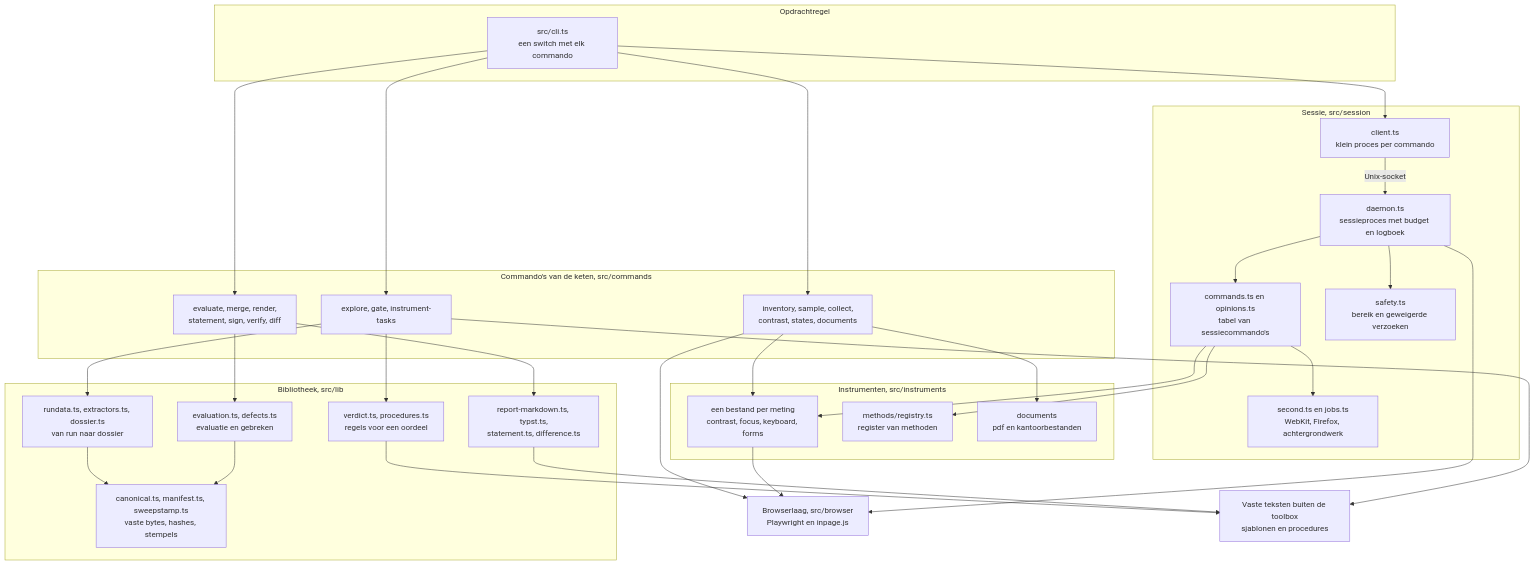
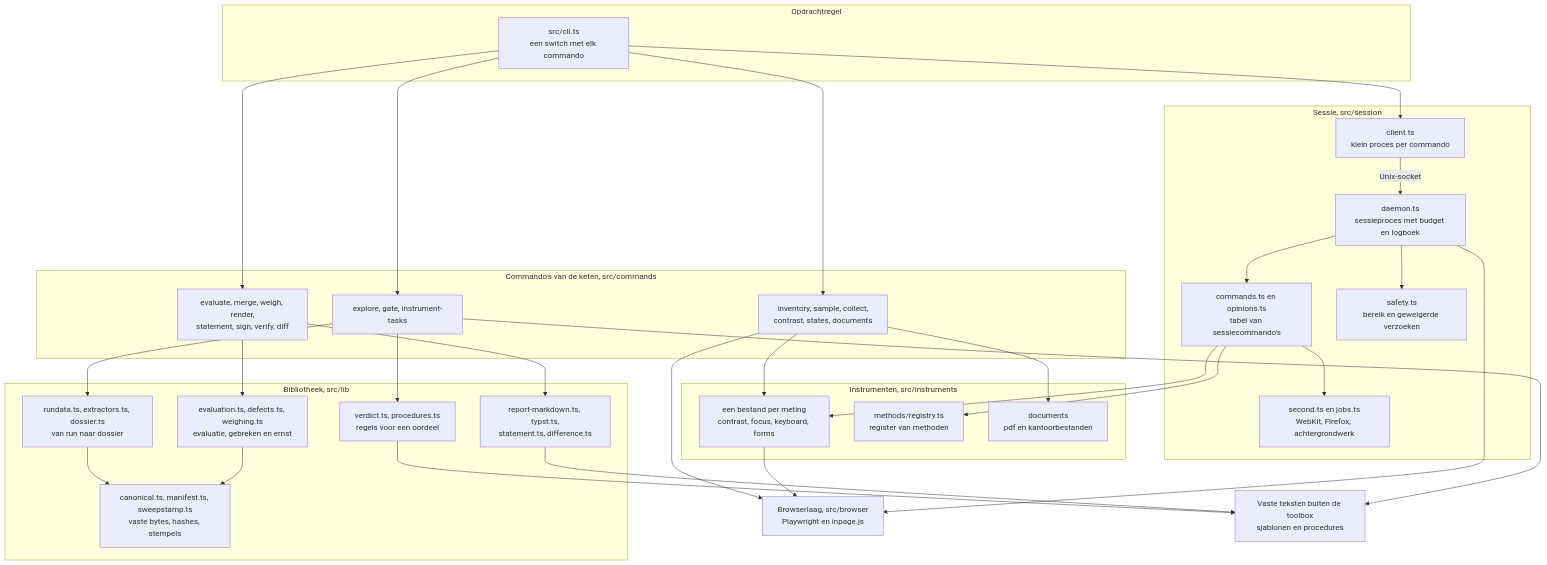
One commit to NederlandseDigitaleDienst/loep changed the second of 3 diagrams in docs/architectuur.md. Above: the diagram before and after it, drawn with Mermaid. The commit also changed other lines of this file and 28 other files, not shown here.

````diff
--- a/docs/architectuur.md
+++ b/docs/architectuur.md
@@ -163,57 +165,57 @@
 ```mermaid
 flowchart TD
   subgraph regel["Opdrachtregel"]
     cli["src/cli.ts<br/>een switch met elk commando"]
   end
   subgraph commandos["Commando's van de keten, src/commands"]
     meten["inventory, sample, collect,<br/>contrast, states, documents"]
     sturen["explore, gate, instrument-tasks"]
-    afmaken["evaluate, merge, render,<br/>statement, sign, verify, diff"]
+    afmaken["evaluate, merge, weigh, render,<br/>statement, sign, verify, diff"]
   end
   subgraph sessie["Sessie, src/session"]
     client["client.ts<br/>klein proces per commando"]
     daemon["daemon.ts<br/>sessieproces met budget en logboek"]
     cmds["commands.ts en opinions.ts<br/>tabel van sessiecommando's"]
     veilig["safety.ts<br/>bereik en geweigerde verzoeken"]
     tweede["second.ts en jobs.ts<br/>WebKit, Firefox, achtergrondwerk"]
   end
   subgraph instrumenten["Instrumenten, src/instruments"]
     proeven["een bestand per meting<br/>contrast, focus, keyboard, forms"]
     register["methods/registry.ts<br/>register van methoden"]
     docs["documents<br/>pdf en kantoorbestanden"]
   end
   subgraph bibliotheek["Bibliotheek, src/lib"]
     dossier["rundata.ts, extractors.ts, dossier.ts<br/>van run naar dossier"]
     oordeel["verdict.ts, procedures.ts<br/>regels voor een oordeel"]
-    evaluatie["evaluation.ts, defects.ts<br/>evaluatie en gebreken"]
+    evaluatie["evaluation.ts, defects.ts, weighing.ts<br/>evaluatie, gebreken en ernst"]
     rapport["report-markdown.ts, typst.ts,<br/>statement.ts, difference.ts"]
     vast["canonical.ts, manifest.ts, sweepstamp.ts<br/>vaste bytes, hashes, stempels"]
   end
   browser["Browserlaag, src/browser<br/>Playwright en inpage.js"]
   teksten["Vaste teksten buiten de toolbox<br/>sjablonen en procedures"]
 
   cli --> meten
   cli --> sturen
   cli --> afmaken
   cli --> client
   client -->|"Unix-socket"| daemon
   daemon --> cmds
   daemon --> veilig
   cmds --> tweede
   cmds --> proeven
   cmds --> register
   meten --> proeven
   meten --> docs
   meten --> browser
   proeven --> browser
   daemon --> browser
   sturen --> dossier
   sturen --> oordeel
   sturen --> teksten
   afmaken --> evaluatie
   afmaken --> rapport
   oordeel --> teksten
   rapport --> teksten
   dossier --> vast
   evaluatie --> vast
 ```
````
